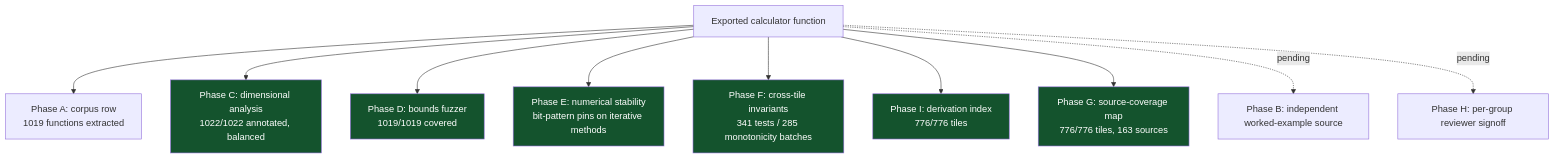
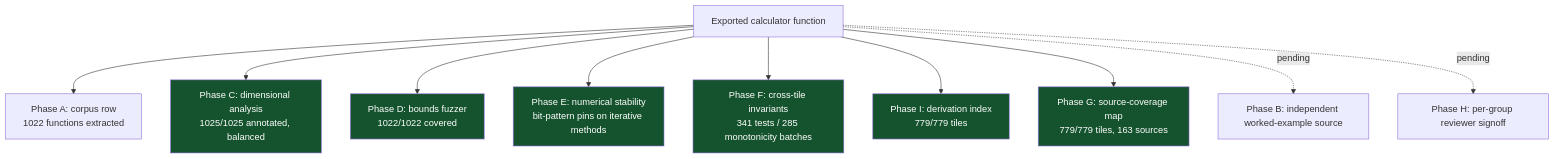
The sixth of 8 diagrams in README.md (clay-good/roughlogic.com), drawn with Mermaid before and after one commit. The commit also changed other lines of this file and 19 other files, not shown here.

````diff
--- a/README.md
+++ b/README.md
@@ -519,18 +519,18 @@
 ```mermaid
 flowchart TB
-    F[Exported calculator function] --> A[Phase A: corpus row\n1019 functions extracted]
-    F --> C[Phase C: dimensional analysis\n1022/1022 annotated, balanced]
-    F --> D[Phase D: bounds fuzzer\n1019/1019 covered]
+    F[Exported calculator function] --> A[Phase A: corpus row\n1022 functions extracted]
+    F --> C[Phase C: dimensional analysis\n1025/1025 annotated, balanced]
+    F --> D[Phase D: bounds fuzzer\n1022/1022 covered]
     F --> E[Phase E: numerical stability\nbit-pattern pins on iterative methods]
     F --> Fa[Phase F: cross-tile invariants\n341 tests / 285 monotonicity batches]
-    F --> I[Phase I: derivation index\n776/776 tiles]
-    F --> G[Phase G: source-coverage map\n776/776 tiles, 163 sources]
+    F --> I[Phase I: derivation index\n779/779 tiles]
+    F --> G[Phase G: source-coverage map\n779/779 tiles, 163 sources]
     F -.pending.-> B[Phase B: independent worked-example source]
     F -.pending.-> H[Phase H: per-group reviewer signoff]
     style C fill:#14532d,color:#fff
     style D fill:#14532d,color:#fff
     style E fill:#14532d,color:#fff
     style Fa fill:#14532d,color:#fff
     style G fill:#14532d,color:#fff
     style I fill:#14532d,color:#fff
 ```
````
